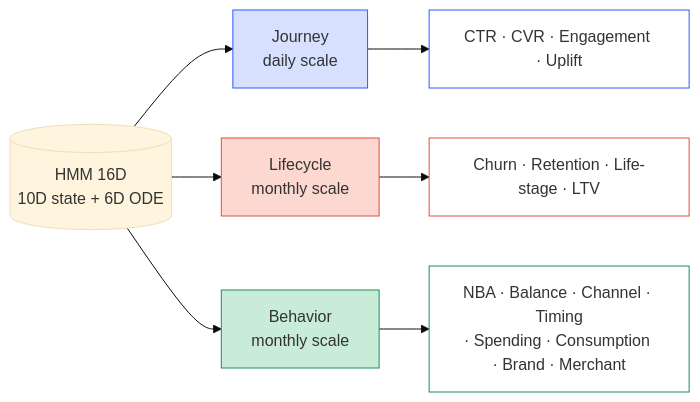
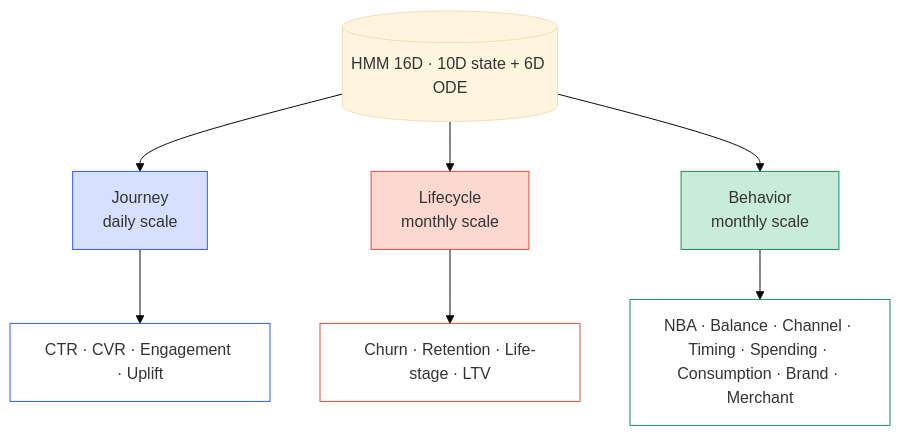
The second of 2 diagrams in src/content/posts/2026-04-19-ple-4-cgc-hmm-routing-ko.md (bluethestyle/bluethestyle.github.io), drawn with Mermaid (base theme) before and after one commit. The commit also changed other lines of this file and 1 other file, not shown here.

First line of the commit message:
viz(ple-4): flip Mermaid flowcharts LR→TB + heatmap legend parity

````diff
--- a/src/content/posts/2026-04-19-ple-4-cgc-hmm-routing-ko.md
+++ b/src/content/posts/2026-04-19-ple-4-cgc-hmm-routing-ko.md
@@ -253,16 +256,16 @@
 ```mermaid
-flowchart LR
-  hmm[(HMM 16D<br/>10D state + 6D ODE)]
+flowchart TB
+  hmm[(HMM 16D · 10D state + 6D ODE)]
   hmm --> j[Journey<br/>daily scale]
   hmm --> l[Lifecycle<br/>monthly scale]
   hmm --> b[Behavior<br/>monthly scale]
   j --> jt[CTR · CVR · Engagement · Uplift]
   l --> lt[Churn · Retention · Life-stage · LTV]
-  b --> bt[NBA · Balance · Channel · Timing<br/>· Spending · Consumption · Brand · Merchant]
+  b --> bt[NBA · Balance · Channel · Timing · Spending · Consumption · Brand · Merchant]
   style j fill:#D8E0FF,stroke:#2E5BFF
   style l fill:#FDD8D1,stroke:#E14F3A
   style b fill:#C9ECD9,stroke:#1C8C5A
   style jt fill:#FFFFFF,stroke:#2E5BFF
   style lt fill:#FFFFFF,stroke:#E14F3A
   style bt fill:#FFFFFF,stroke:#1C8C5A
 ```
````
